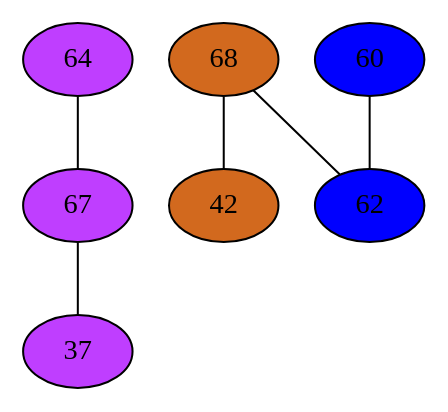
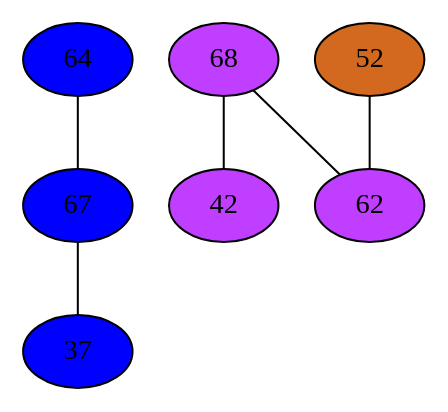
Before and after one commit to mbajaj92/Project-Astoria: the diagram in Compiler/4phiGraph.dot, drawn with Graphviz. The commit also changed 42 other files, not shown here.

```diff
--- a/Compiler/4phiGraph.dot
+++ b/Compiler/4phiGraph.dot
@@ -1,19 +1,19 @@
 strict graph {
-64[label="64" style=filled fillcolor="darkorchid1"];
+64[label="64" style=filled fillcolor="blue1"];
 64 -- 67
-67[label="67" style=filled fillcolor="darkorchid1"];
+67[label="67" style=filled fillcolor="blue1"];
 67 -- 64
 67 -- 37
-68[label="68" style=filled fillcolor="chocolate"];
+68[label="68" style=filled fillcolor="darkorchid1"];
 68 -- 42
 68 -- 62
-37[label="37" style=filled fillcolor="darkorchid1"];
+52[label="52" style=filled fillcolor="chocolate"];
+52 -- 62
+37[label="37" style=filled fillcolor="blue1"];
 37 -- 67
-42[label="42" style=filled fillcolor="chocolate"];
+42[label="42" style=filled fillcolor="darkorchid1"];
 42 -- 68
-60[label="60" style=filled fillcolor="blue1"];
-60 -- 62
-62[label="62" style=filled fillcolor="blue1"];
+62[label="62" style=filled fillcolor="darkorchid1"];
 62 -- 68
-62 -- 60
+62 -- 52
 }
```
